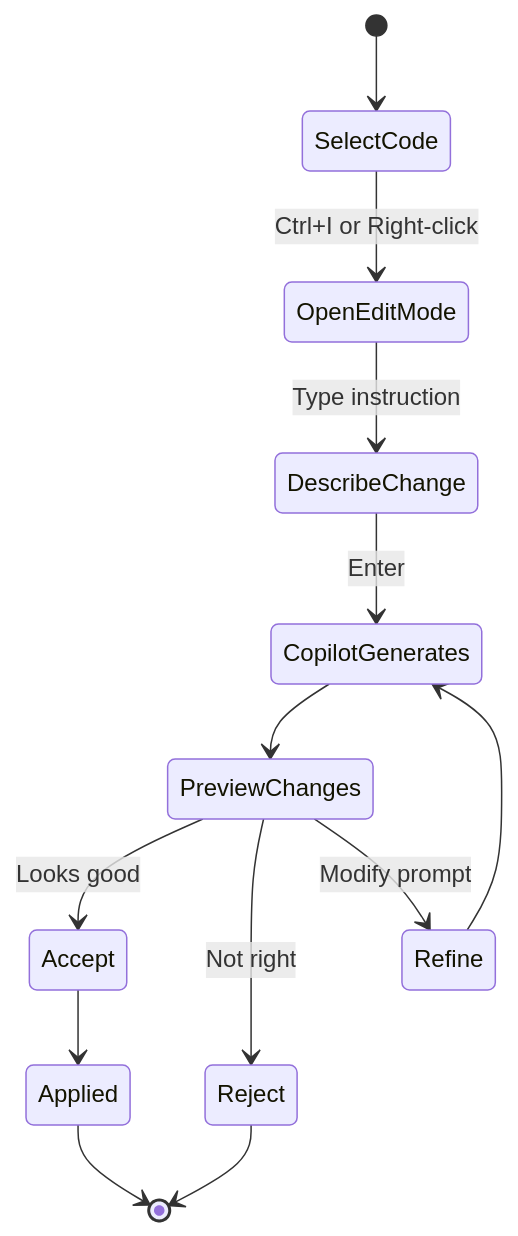
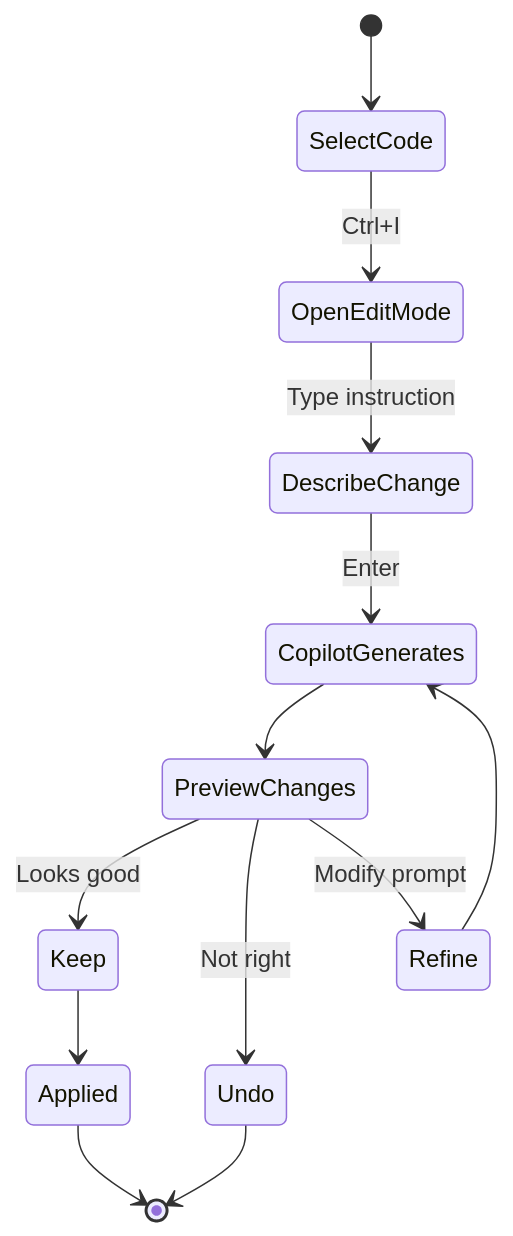
The diagram in lectures-and-labs/week06/agents_lab/part2_edit_mode/README.md (qahramantaha/ai-assisted-programming-module), drawn with Mermaid before and after one commit. The commit also changed other lines of this file and 21 other files, not shown here.

````diff
--- a/lectures-and-labs/week06/agents_lab/part2_edit_mode/README.md
+++ b/lectures-and-labs/week06/agents_lab/part2_edit_mode/README.md
@@ -21,17 +19,17 @@
 ```mermaid
 stateDiagram-v2
     [*] --> SelectCode
-    SelectCode --> OpenEditMode: Ctrl+I or Right-click
+    SelectCode --> OpenEditMode: Ctrl+I
     OpenEditMode --> DescribeChange: Type instruction
     DescribeChange --> CopilotGenerates: Enter
     
     CopilotGenerates --> PreviewChanges
-    PreviewChanges --> Accept: Looks good
-    PreviewChanges --> Reject: Not right
+    PreviewChanges --> Keep: Looks good
+    PreviewChanges --> Undo: Not right
     PreviewChanges --> Refine: Modify prompt
     
     Refine --> CopilotGenerates
-    Accept --> Applied
-    Reject --> [*]
+    Keep --> Applied
+    Undo --> [*]
     Applied --> [*]
 ```
````
